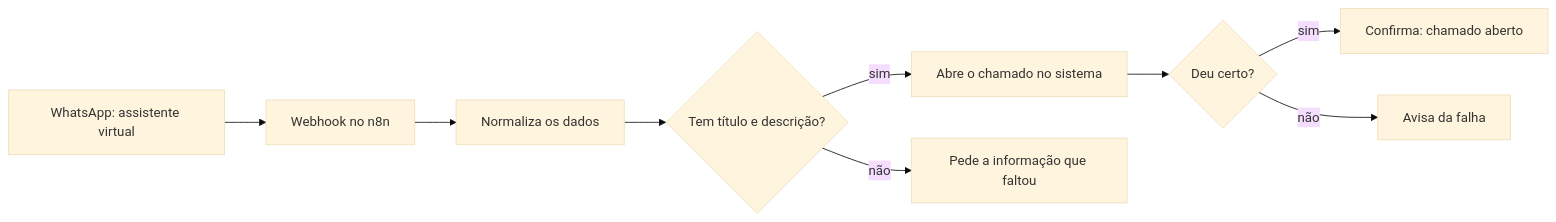
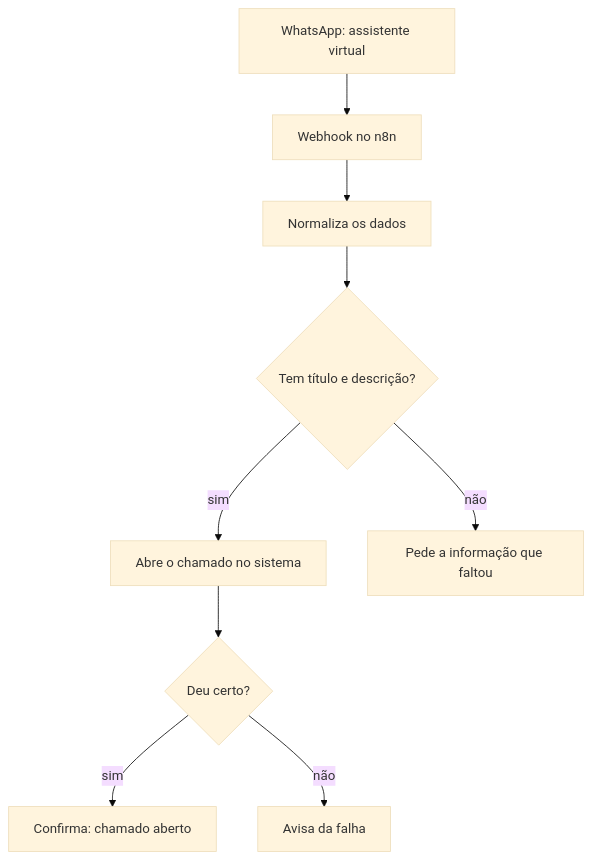
The first of 2 diagrams in README.md (DevPedroSouza/DevPedroSouza), drawn with Mermaid (base theme) before and after one commit. The commit also changed other lines of this file, not shown here.

````diff
--- a/README.md
+++ b/README.md
@@ -37,11 +39,11 @@
 ```mermaid
-flowchart LR
+flowchart TD
     A["WhatsApp: assistente virtual"] --> B["Webhook no n8n"]
     B --> C["Normaliza os dados"]
     C --> D{"Tem título e descrição?"}
     D -- sim --> E["Abre o chamado no sistema"]
     D -- não --> F["Pede a informação que faltou"]
     E --> G{"Deu certo?"}
     G -- sim --> H["Confirma: chamado aberto"]
     G -- não --> I["Avisa da falha"]
 ```
````
